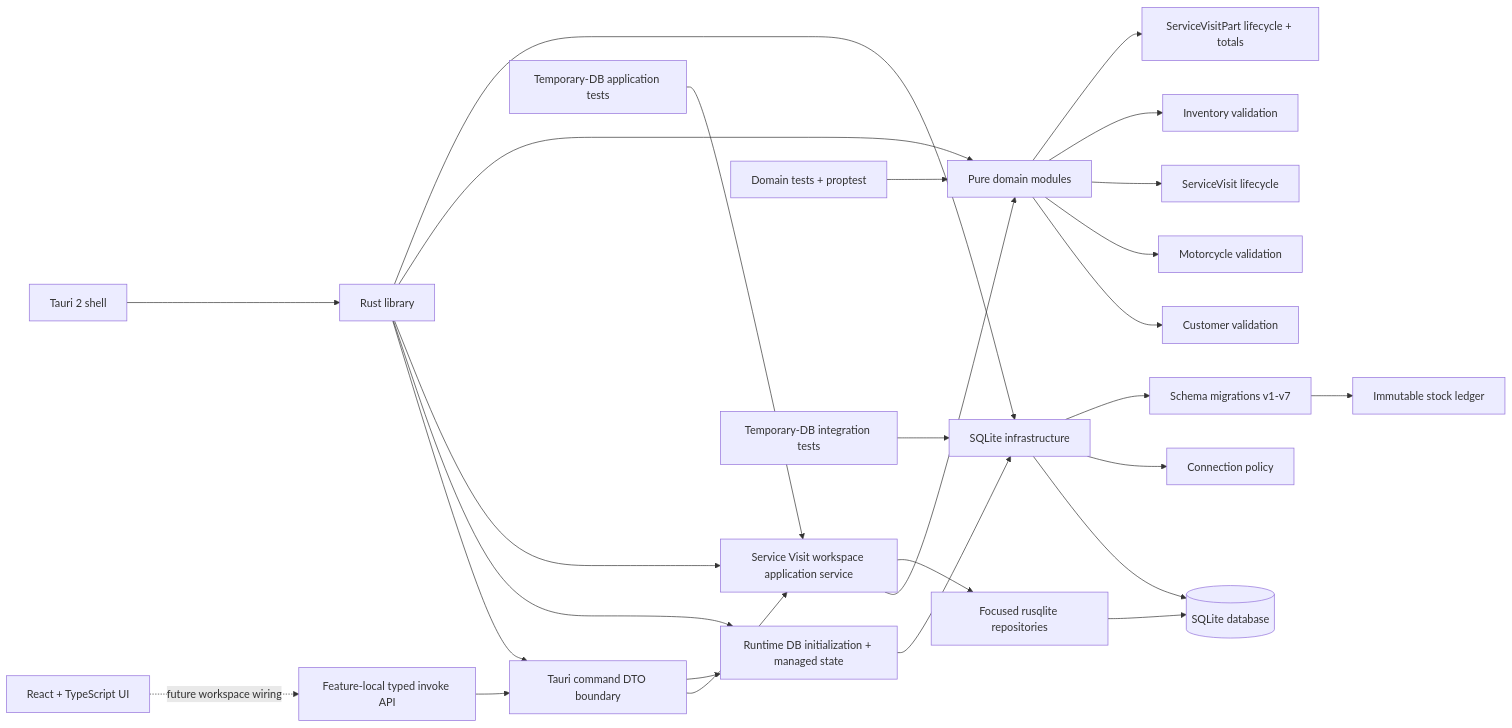
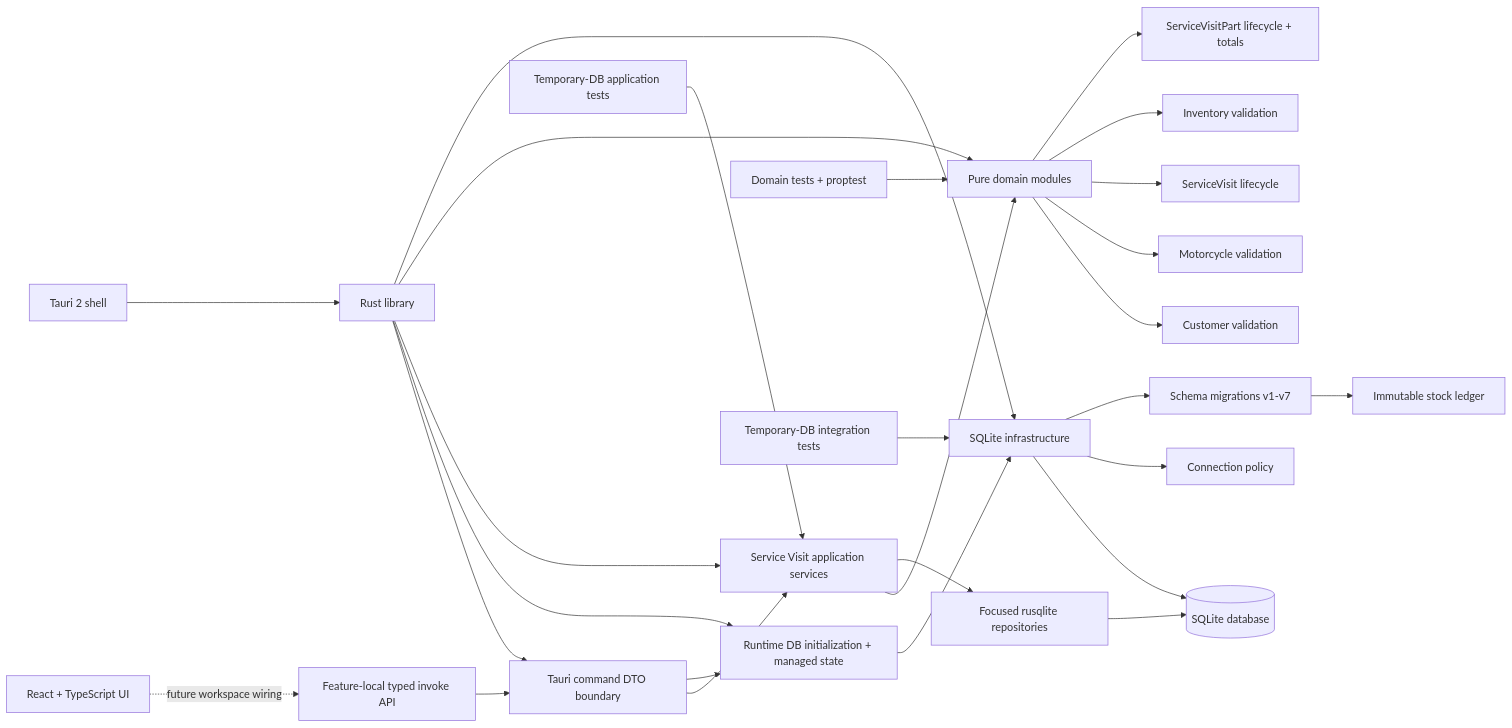
Before and after one commit to abdfarasin/moto-workshop: the diagram in SOFTWARE_ARCHITECTURE.md, drawn with Mermaid. The commit also changed other lines of this file and 14 other files, not shown here.

Commit message:
feat: add service visit customer lookup

````diff
--- a/SOFTWARE_ARCHITECTURE.md
+++ b/SOFTWARE_ARCHITECTURE.md
@@ -7,31 +7,31 @@
 ```mermaid
 flowchart LR
     UI[React + TypeScript UI] -.->|future workspace wiring| API[Feature-local typed invoke API]
     API --> COMMANDS[Tauri command DTO boundary]
     SHELL[Tauri 2 shell] --> LIB[Rust library]
     LIB --> COMMANDS
     LIB --> RUNTIME[Runtime DB initialization + managed state]
     COMMANDS --> APP
     COMMANDS --> RUNTIME
     RUNTIME --> DB
-    LIB --> APP[Service Visit workspace application service]
+    LIB --> APP[Service Visit application services]
     LIB --> DOMAIN[Pure domain modules]
     LIB --> DB[SQLite infrastructure]
     APP --> DOMAIN
     APP --> REPOS[Focused rusqlite repositories]
     REPOS --> SQLITE
     DB --> SQLITE[(SQLite database)]
 
     DOMAIN --> CUSTOMER[Customer validation]
     DOMAIN --> MOTORCYCLE[Motorcycle validation]
     DOMAIN --> VISIT[ServiceVisit lifecycle]
     DOMAIN --> INVENTORY[Inventory validation]
     DOMAIN --> PARTS[ServiceVisitPart lifecycle + totals]
     DB --> CONNECTION[Connection policy]
     DB --> MIGRATIONS[Schema migrations v1-v7]
     MIGRATIONS --> LEDGER[Immutable stock ledger]
 
     DTESTS[Domain tests + proptest] --> DOMAIN
     DBTESTS[Temporary-DB integration tests] --> DB
     APPTESTS[Temporary-DB application tests] --> APP
 ```
````
